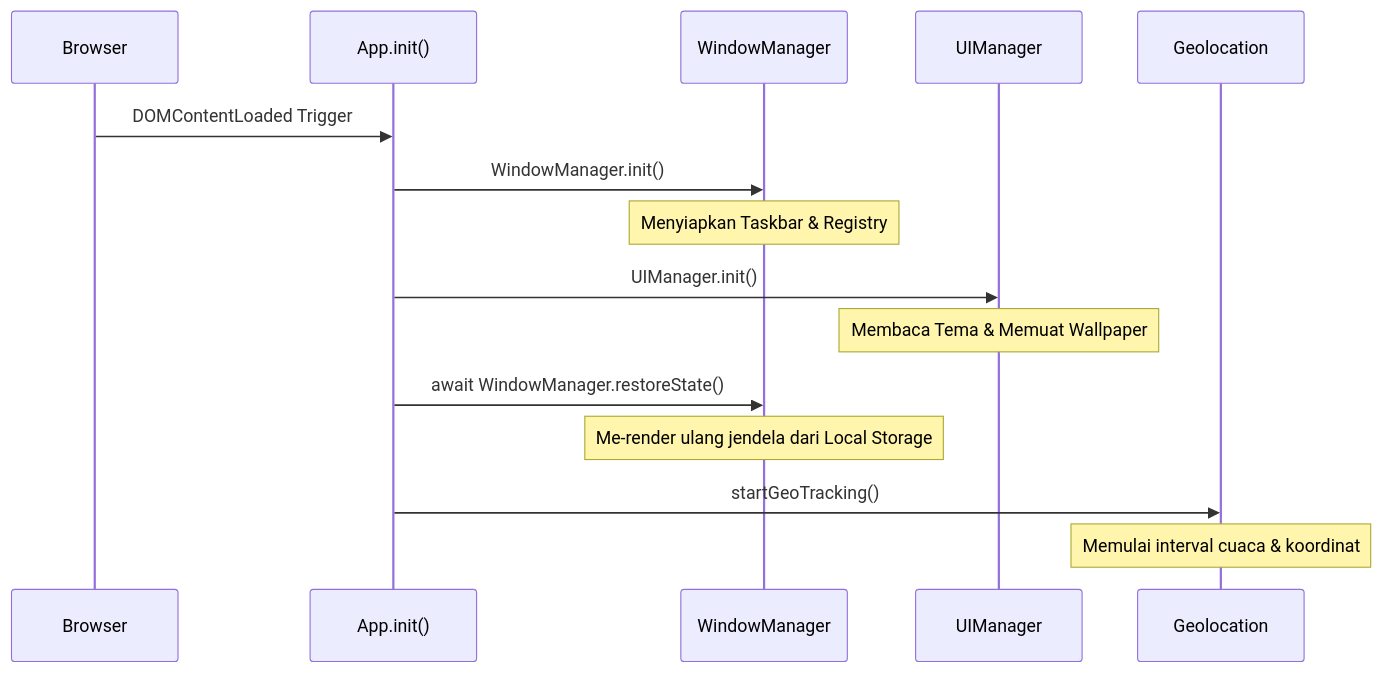
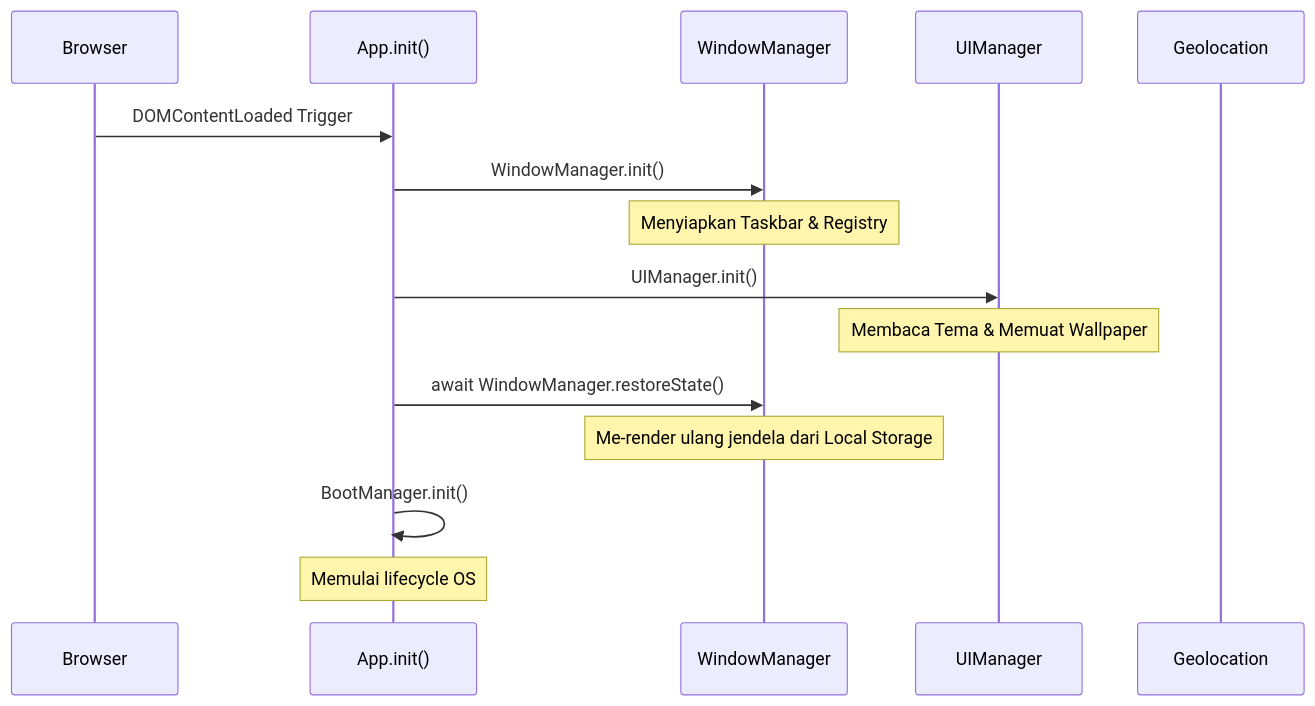
The first of 7 diagrams in docs/architecture.md (authntcG/authntcg.github.io), drawn with Mermaid before and after one commit. The commit also changed other lines of this file and 20 other files, not shown here.

````diff
--- a/docs/architecture.md
+++ b/docs/architecture.md
@@ -11,18 +11,18 @@
 ```mermaid
 sequenceDiagram
     participant B as Browser
     participant A as App.init()
     participant W as WindowManager
     participant U as UIManager
     participant Geo as Geolocation
     
     B->>A: DOMContentLoaded Trigger
     A->>W: WindowManager.init()
     Note over W: Menyiapkan Taskbar & Registry
     A->>U: UIManager.init()
     Note over U: Membaca Tema & Memuat Wallpaper
     A->>W: await WindowManager.restoreState()
     Note over W: Me-render ulang jendela dari Local Storage
-    A->>Geo: startGeoTracking()
-    Note over Geo: Memulai interval cuaca & koordinat
+    A->>A: BootManager.init()
+    Note over A: Memulai lifecycle OS
 ```
````
